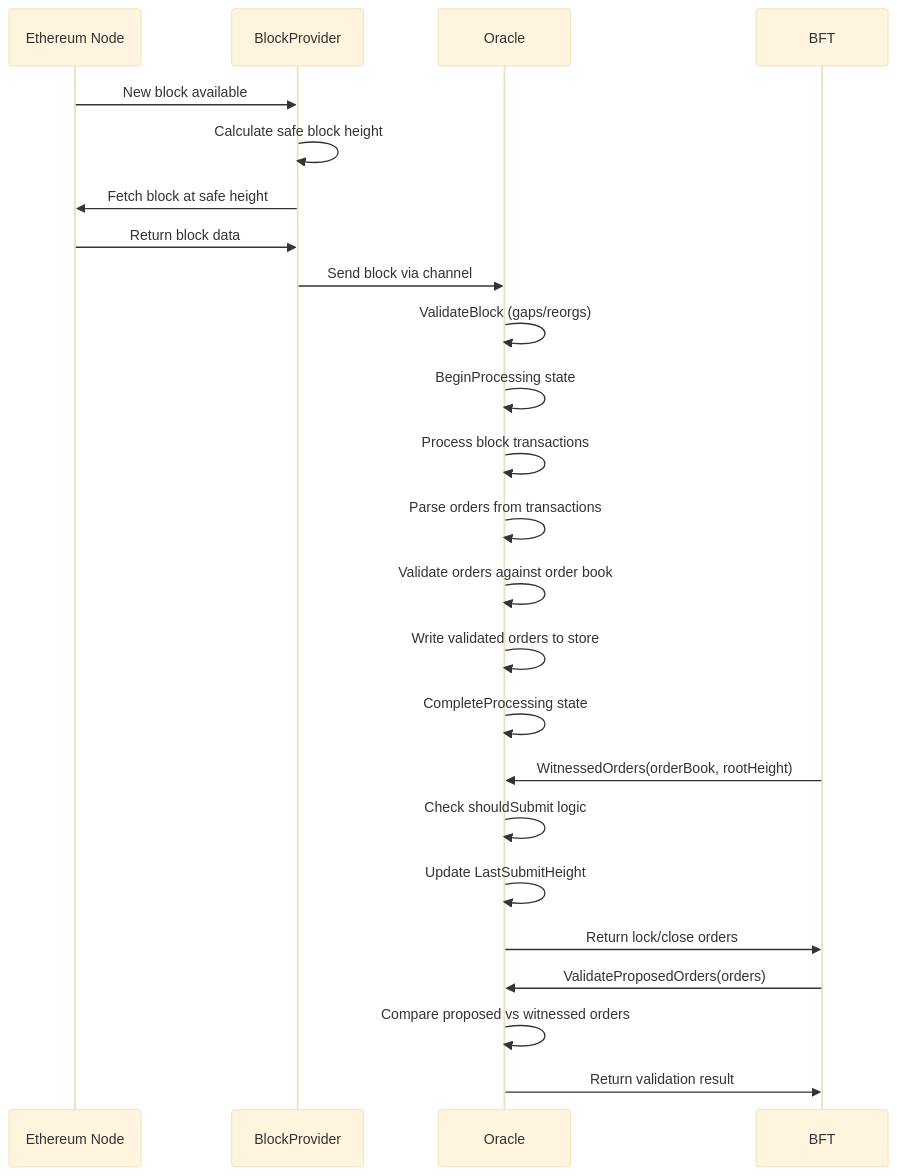
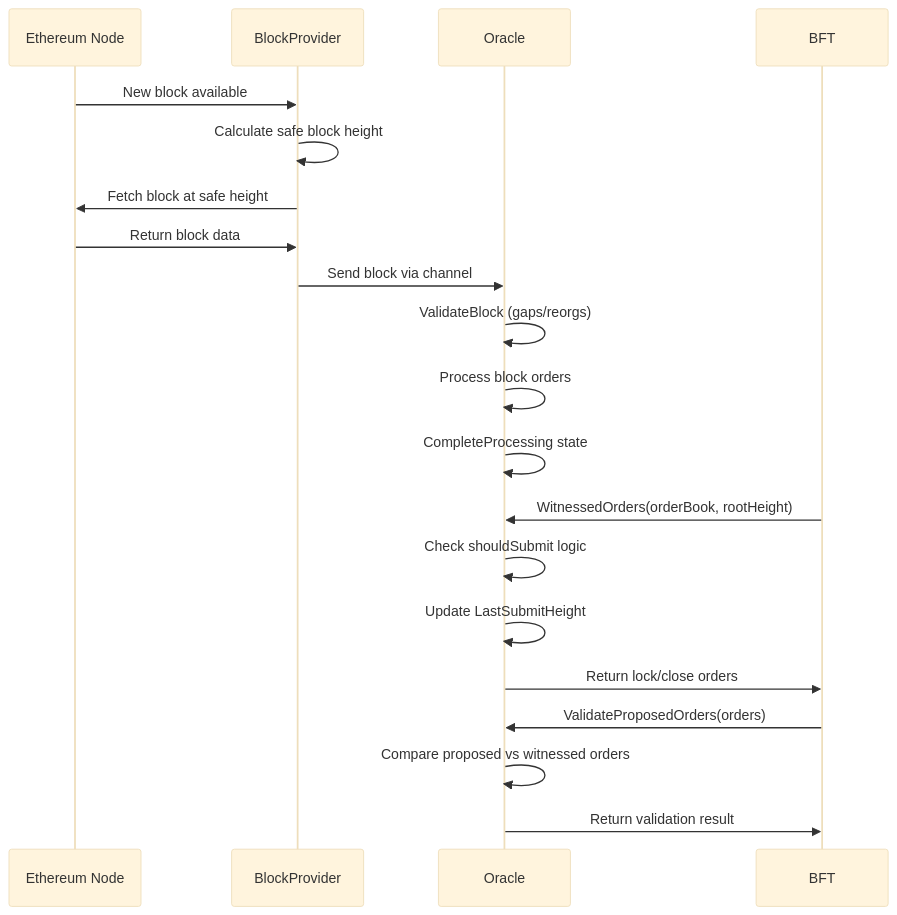
Before and after one commit to canopy-network/canopy: the second of 2 diagrams in cmd/rpc/oracle/ORACLE_FLOW.md, drawn with Mermaid (base theme).

````diff
--- a/cmd/rpc/oracle/ORACLE_FLOW.md
+++ b/cmd/rpc/oracle/ORACLE_FLOW.md
@@ -24,34 +24,30 @@
 ```mermaid
 sequenceDiagram
     participant EN as Ethereum Node
     participant BP as BlockProvider
     participant O as Oracle
     participant BFT as BFT
 
     %% Block retrieval and processing
     EN->>BP: New block available
     BP->>BP: Calculate safe block height
     BP->>EN: Fetch block at safe height
     EN->>BP: Return block data
     BP->>O: Send block via channel
     
     %% Oracle block processing
     O->>O: ValidateBlock (gaps/reorgs)
-    O->>O: BeginProcessing state
-    O->>O: Process block transactions
-    O->>O: Parse orders from transactions
-    O->>O: Validate orders against order book
-    O->>O: Write validated orders to store
+    O->>O: Process block orders
     O->>O: CompleteProcessing state
     
     %% BFT consensus integration
     BFT->>O: WitnessedOrders(orderBook, rootHeight)
     O->>O: Check shouldSubmit logic
     O->>O: Update LastSubmitHeight
     O->>BFT: Return lock/close orders
     
     %% Block proposal validation
     BFT->>O: ValidateProposedOrders(orders)
     O->>O: Compare proposed vs witnessed orders
     O->>BFT: Return validation result
 ```
````
